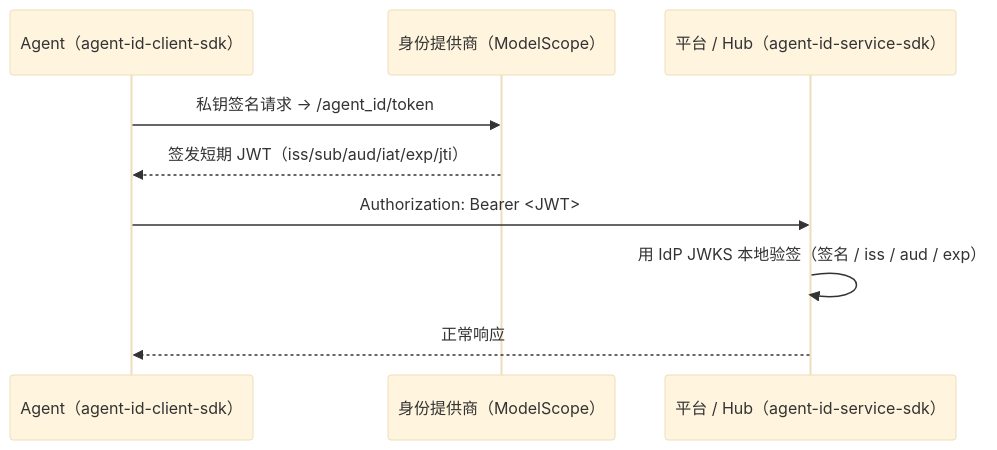
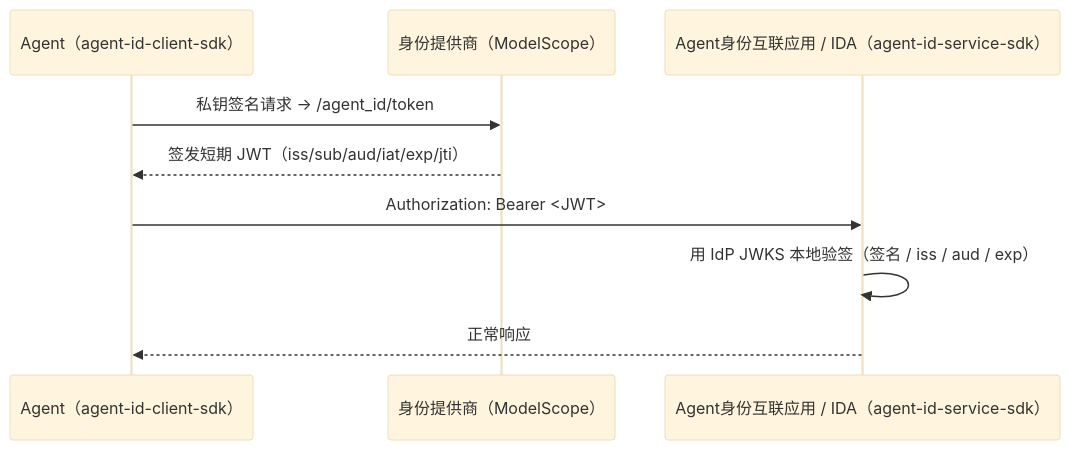
The second of 2 diagrams in README.md (agentscope-ai/agent-identity), drawn with Mermaid (base theme) before and after one commit. The commit also changed other lines of this file and 10 other files, not shown here.

Commit message:
docs: rename Hub role to IDA

````diff
--- a/README.md
+++ b/README.md
@@ -37,11 +37,11 @@
 ```mermaid
 sequenceDiagram
     participant Agent as Agent（agent-id-client-sdk）
     participant IdP as 身份提供商（ModelScope）
-    participant Hub as 平台 / Hub（agent-id-service-sdk）
+    participant IDA as Agent身份互联应用 / IDA（agent-id-service-sdk）
     Agent->>IdP: 私钥签名请求 → /agent_id/token
     IdP-->>Agent: 签发短期 JWT（iss/sub/aud/iat/exp/jti）
-    Agent->>Hub: Authorization: Bearer <JWT>
-    Hub->>Hub: 用 IdP JWKS 本地验签（签名 / iss / aud / exp）
-    Hub-->>Agent: 正常响应
+    Agent->>IDA: Authorization: Bearer <JWT>
+    IDA->>IDA: 用 IdP JWKS 本地验签（签名 / iss / aud / exp）
+    IDA-->>Agent: 正常响应
 ```
````
